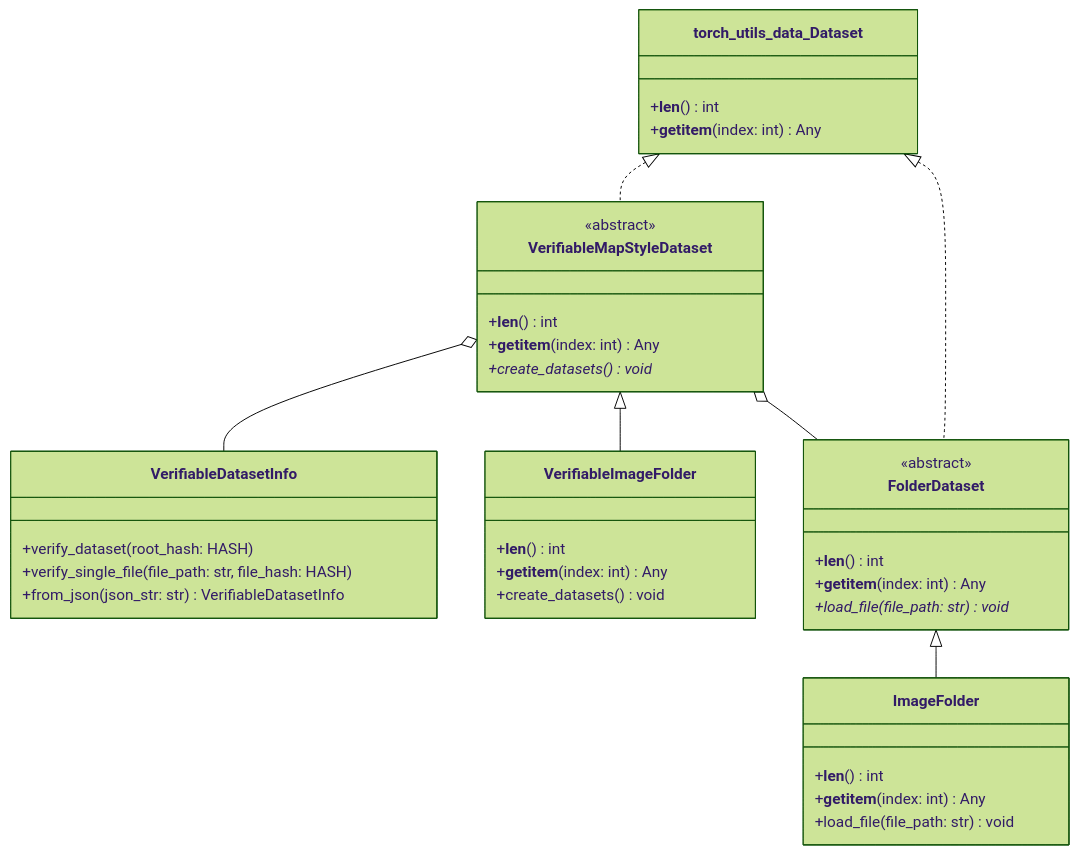
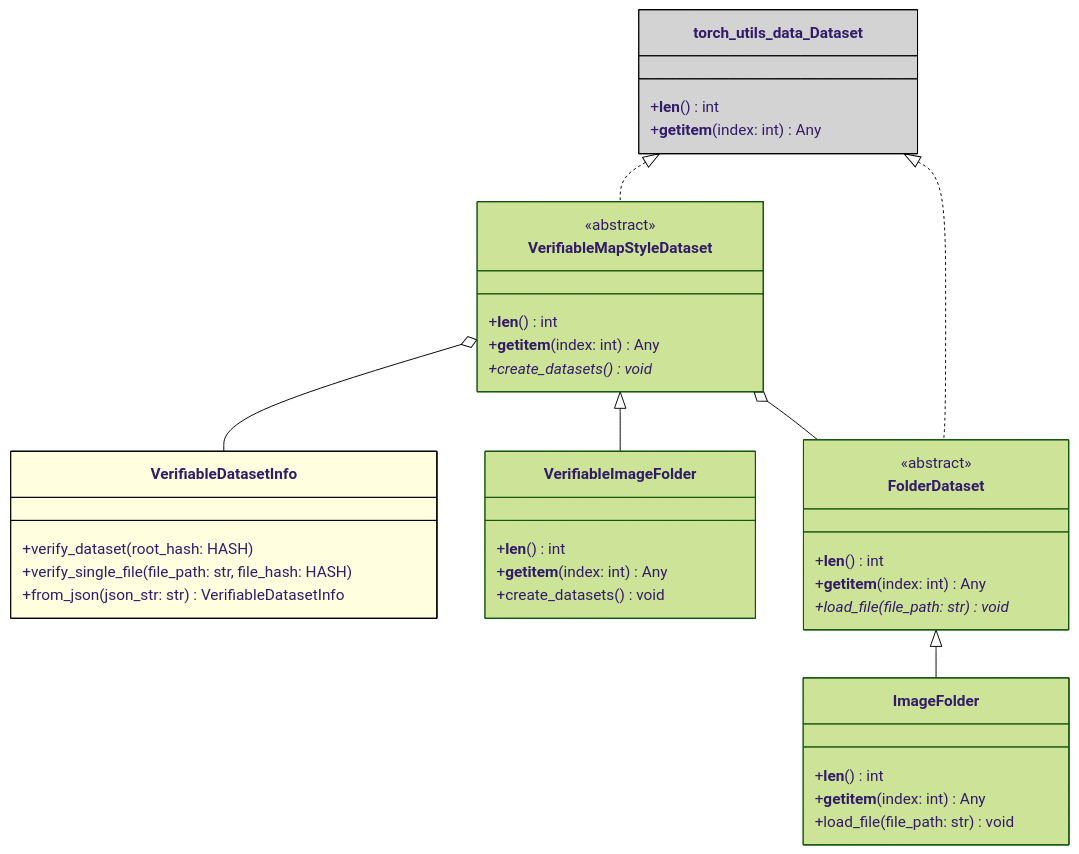
The diagram in docs/mermaid/verifiable_image_folder.mmd (securefederatedai/openfl), drawn with Mermaid (forest theme) before and after one commit. The commit also changed 1 other file, not shown here.

Commit message:
Added styling to the class diagrams

```diff
--- a/docs/mermaid/verifiable_image_folder.mmd
+++ b/docs/mermaid/verifiable_image_folder.mmd
@@ -1,47 +1,50 @@
 %% Copyright 2025 Intel Corporation
 %% SPDX-License-Identifier: Apache-2.0
 
 classDiagram
     class torch_utils_data_Dataset {
         +__len__() int
         +__getitem__(index: int) Any
     }
 
     class VerifiableDatasetInfo {
         +verify_dataset(root_hash: HASH)
         +verify_single_file(file_path: str, file_hash: HASH)
         +from_json(json_str: str) VerifiableDatasetInfo
     }
 
     class VerifiableMapStyleDataset {
         <<abstract>>
         +__len__() int
         +__getitem__(index: int) Any
         +create_datasets() void*
     }
 
     class VerifiableImageFolder {
         +__len__() int
         +__getitem__(index: int) Any
         +create_datasets() void
     }
 
     class FolderDataset {
         <<abstract>>
         +__len__() int
         +__getitem__(index: int) Any
         +load_file(file_path: str) void*
     }
 
     class ImageFolder {
         +__len__() int
         +__getitem__(index: int) Any
         +load_file(file_path: str) void
     }
 
     torch_utils_data_Dataset <|.. VerifiableMapStyleDataset
     torch_utils_data_Dataset <|.. FolderDataset
     VerifiableMapStyleDataset o-- VerifiableDatasetInfo
     VerifiableMapStyleDataset <|-- VerifiableImageFolder
     VerifiableMapStyleDataset o-- FolderDataset
     FolderDataset <|-- ImageFolder
+
+    style torch_utils_data_Dataset fill:#D3D3D3,stroke:#000,stroke-width:1px
+    style VerifiableDatasetInfo fill:#FFFFE0,stroke:#000,stroke-width:1px
```
